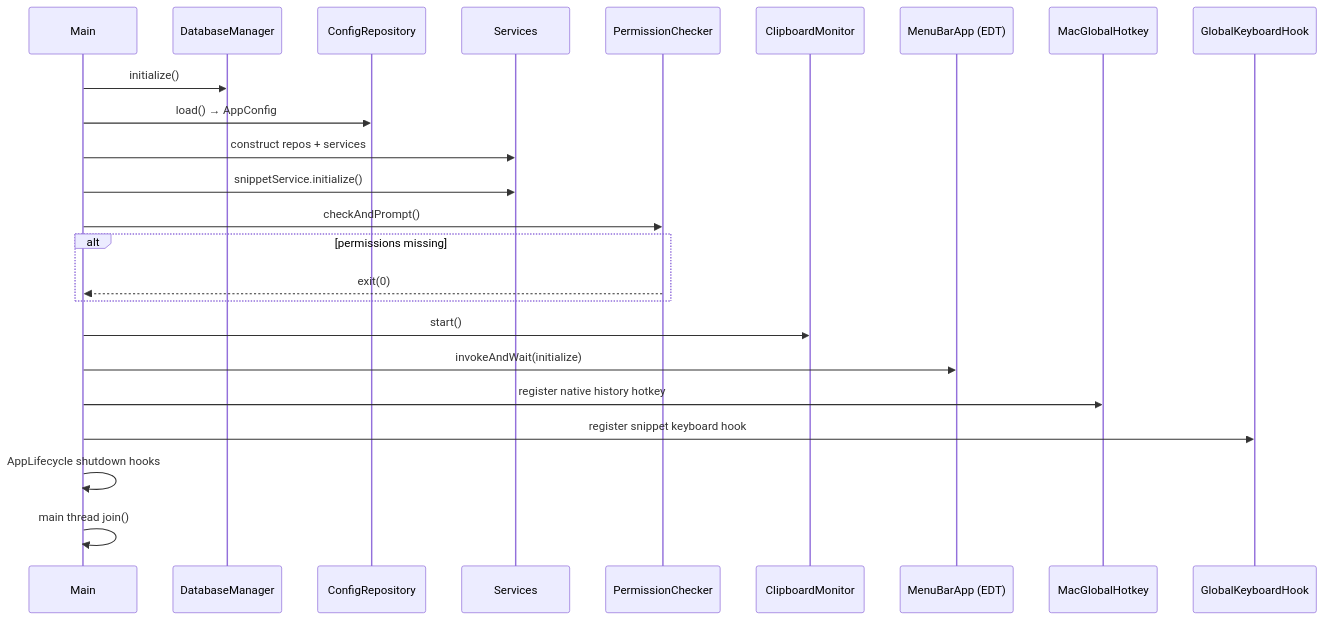
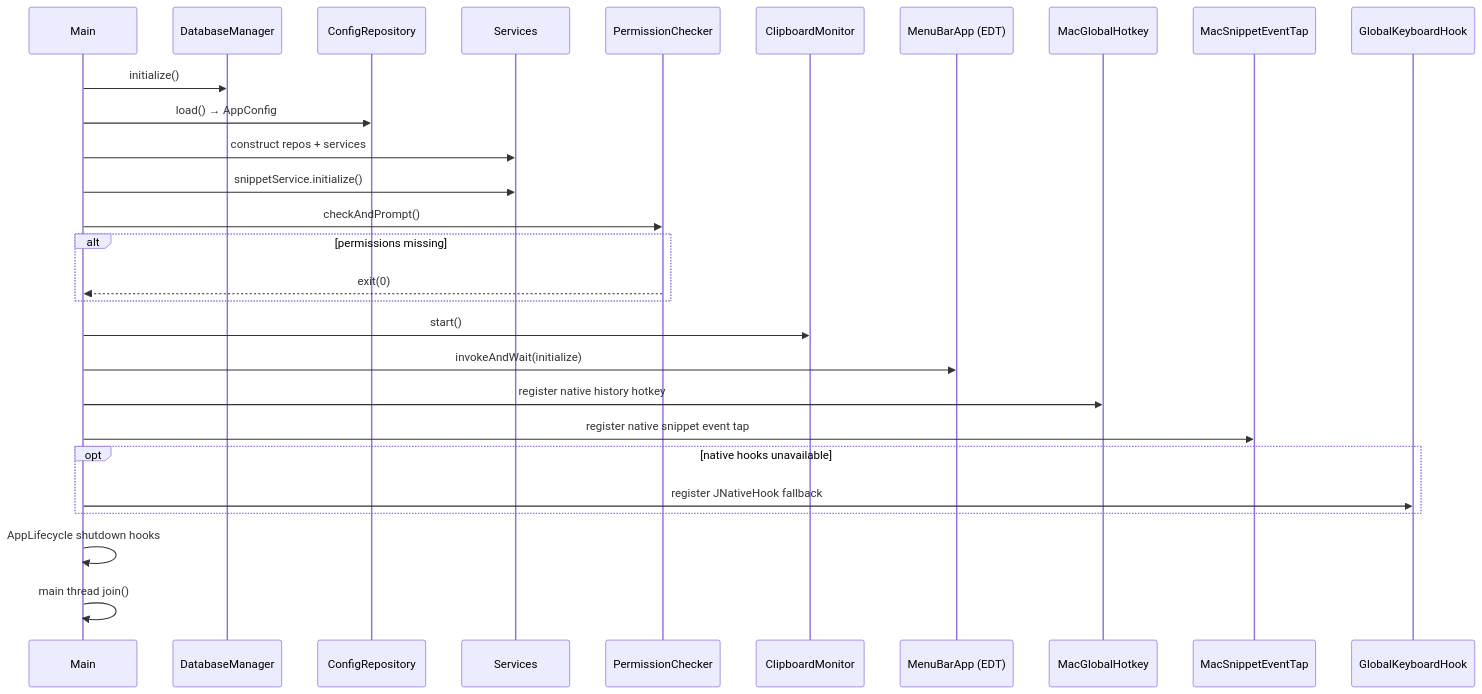
One commit to Meghna2528/Pasties changed the second of 5 diagrams in Project Details.md. Above: the diagram before and after it, drawn with Mermaid. The commit also changed other lines of this file and 12 other files, not shown here.

````diff
--- a/Project Details.md
+++ b/Project Details.md
@@ -418,27 +429,31 @@
 ```mermaid
 sequenceDiagram
     participant Main
     participant DB as DatabaseManager
     participant Config as ConfigRepository
     participant Svc as Services
     participant Perm as PermissionChecker
     participant Mon as ClipboardMonitor
     participant UI as MenuBarApp (EDT)
     participant Hotkey as MacGlobalHotkey
+    participant Tap as MacSnippetEventTap
     participant Hook as GlobalKeyboardHook
 
     Main->>DB: initialize()
     Main->>Config: load() → AppConfig
     Main->>Svc: construct repos + services
     Main->>Svc: snippetService.initialize()
     Main->>Perm: checkAndPrompt()
     alt permissions missing
         Perm-->>Main: exit(0)
     end
     Main->>Mon: start()
     Main->>UI: invokeAndWait(initialize)
     Main->>Hotkey: register native history hotkey
-    Main->>Hook: register snippet keyboard hook
+    Main->>Tap: register native snippet event tap
+    opt native hooks unavailable
+        Main->>Hook: register JNativeHook fallback
+    end
     Main->>Main: AppLifecycle shutdown hooks
     Main->>Main: main thread join()
 ```
````
